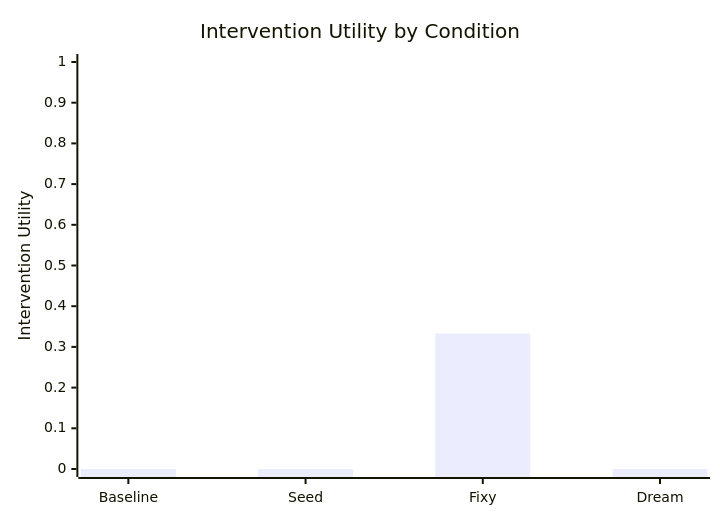
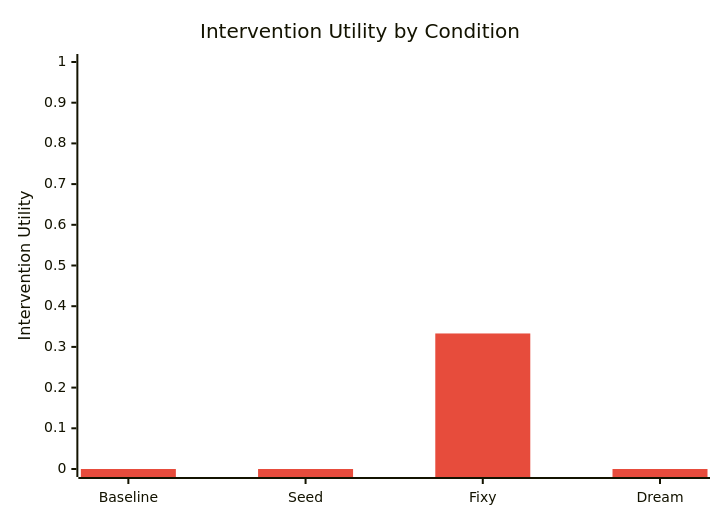
Before and after one commit to sivanhavkin/Entelgia: the third of 4 diagrams in research.md, drawn with Mermaid. The commit also changed other lines of this file, not shown here.

Commit message:
Fix graph columns visibility in research.md with mermaid theme directives

````diff
--- a/research.md
+++ b/research.md
@@ -129,7 +131,8 @@
 ```mermaid
+%%{init: {'theme': 'base', 'themeVariables': {'xyChart': {'plotColorPalette': '#e74c3c,#2ecc71,#3498db,#9b59b6'}}}}%%
 xychart-beta
     title "Intervention Utility by Condition"
     x-axis ["Baseline", "Seed", "Fixy", "Dream"]
     y-axis "Intervention Utility" 0 --> 1
     bar [0.000, 0.000, 0.333, 0.000]
 ```
````
